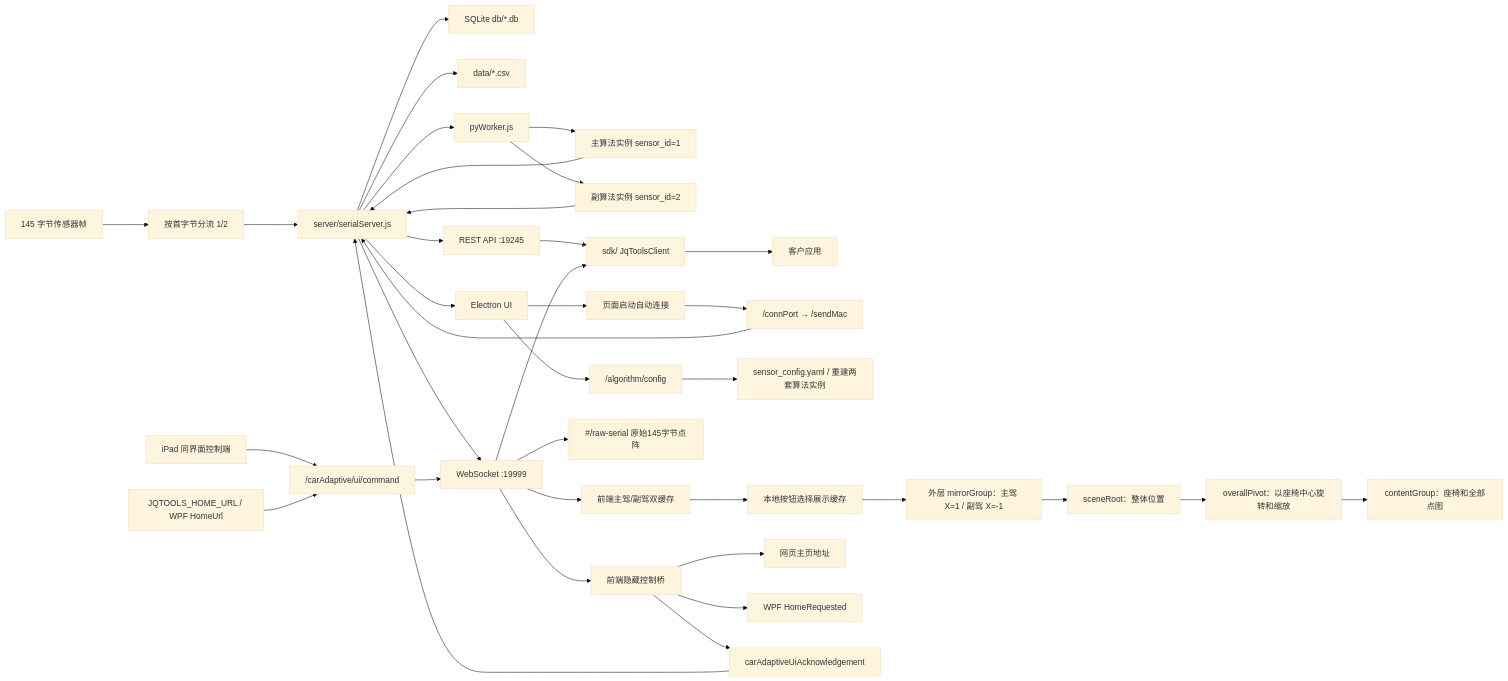
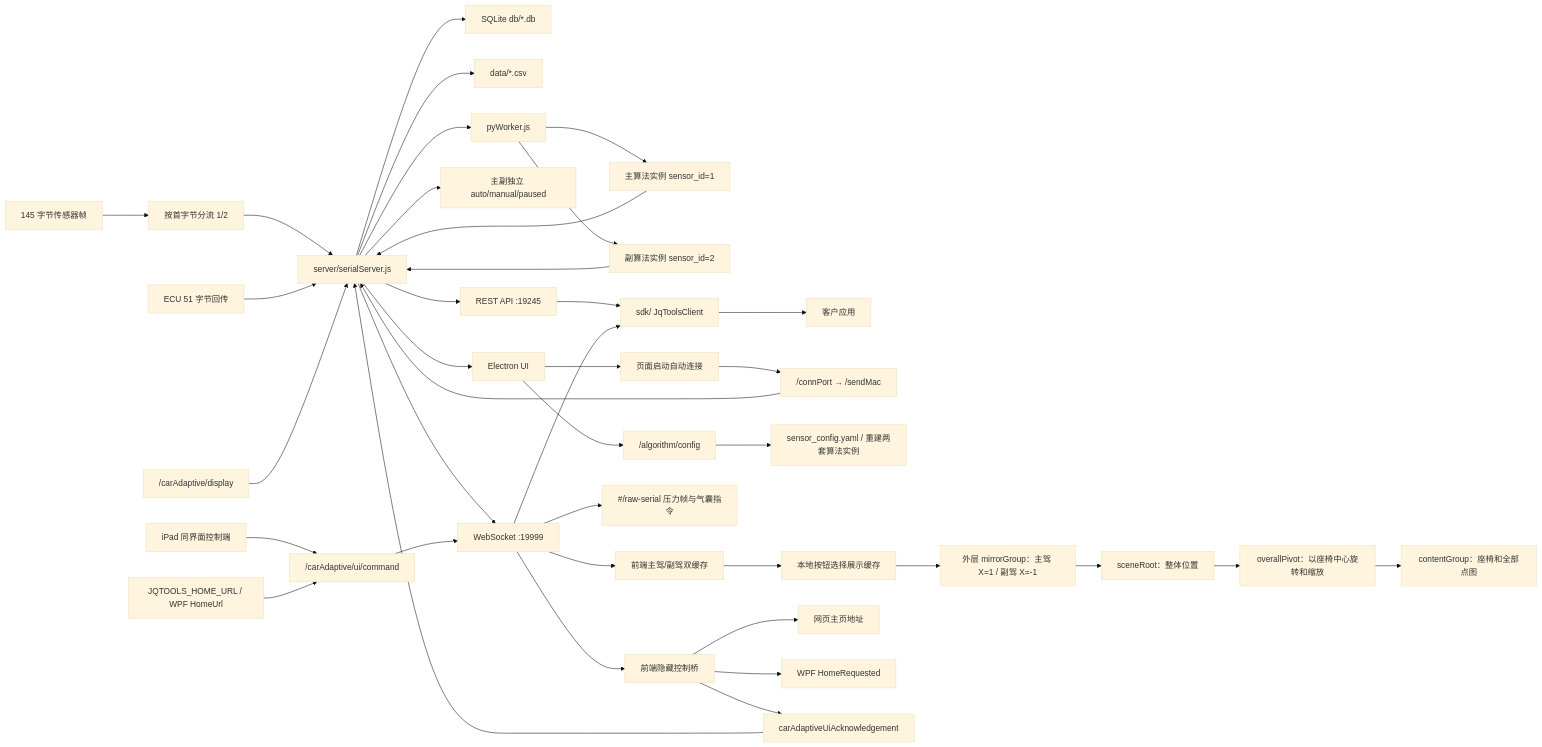
One commit to liudada118/jqtoolsWin changed the diagram in ARCHITECTURE.md. Above: the diagram before and after it, drawn with Mermaid (base theme). The commit also changed other lines of this file and 373 other files, not shown here.

````diff
--- a/ARCHITECTURE.md
+++ b/ARCHITECTURE.md
@@ -216,38 +238,41 @@
 ```mermaid
 flowchart LR
   Sensor["145 字节传感器帧"] --> Splitter["按首字节分流 1/2"]
   Splitter --> Serial["server/serialServer.js"]
   Serial --> DB["SQLite db/*.db"]
   Serial --> CSV["data/*.csv"]
   Serial --> PyWorker["pyWorker.js"]
   PyWorker --> MainPy["主算法实例 sensor_id=1"]
   PyWorker --> SecondaryPy["副算法实例 sensor_id=2"]
   MainPy --> Serial
   SecondaryPy --> Serial
+  Serial --> ModeGate["主副独立 auto/manual/paused"]
+  Ecu["ECU 51 字节回传"] --> Serial
+  DisplayApi["/carAdaptive/display"] --> Serial
   Serial --> WS["WebSocket :19999"]
   Serial --> REST["REST API :19245"]
   REST --> SDK["sdk/ JqToolsClient"]
   WS --> SDK
   SDK --> Customer["客户应用"]
   Serial --> UI["Electron UI"]
   UI --> Startup["页面启动自动连接"]
   Startup --> ConnectApi["/connPort → /sendMac"]
   ConnectApi --> Serial
   UI --> ConfigApi["/algorithm/config"]
   ConfigApi --> PyConfig["sensor_config.yaml / 重建两套算法实例"]
   WS --> DualCache["前端主驾/副驾双缓存"]
   DualCache --> DisplaySelector["本地按钮选择展示缓存"]
   DisplaySelector --> SensorView["外层 mirrorGroup：主驾 X=1 / 副驾 X=-1"]
   SensorView --> SceneRoot["sceneRoot：整体位置"]
   SceneRoot --> OverallPivot["overallPivot：以座椅中心旋转和缩放"]
   OverallPivot --> ThreeContent["contentGroup：座椅和全部点图"]
-  WS --> RawSerial["#/raw-serial 原始145字节点阵"]
+  WS --> RawSerial["#/raw-serial 压力帧与气囊指令"]
   Remote["iPad 同界面控制端"] --> UiApi["/carAdaptive/ui/command"]
   UiApi --> WS
   WS --> UiBridge["前端隐藏控制桥"]
   HomeConfig["JQTOOLS_HOME_URL / WPF HomeUrl"] --> UiApi
   UiBridge --> WebHome["网页主页地址"]
   UiBridge --> WpfHome["WPF HomeRequested"]
   UiBridge --> UiAck["carAdaptiveUiAcknowledgement"]
   UiAck --> Serial
 ```
````
